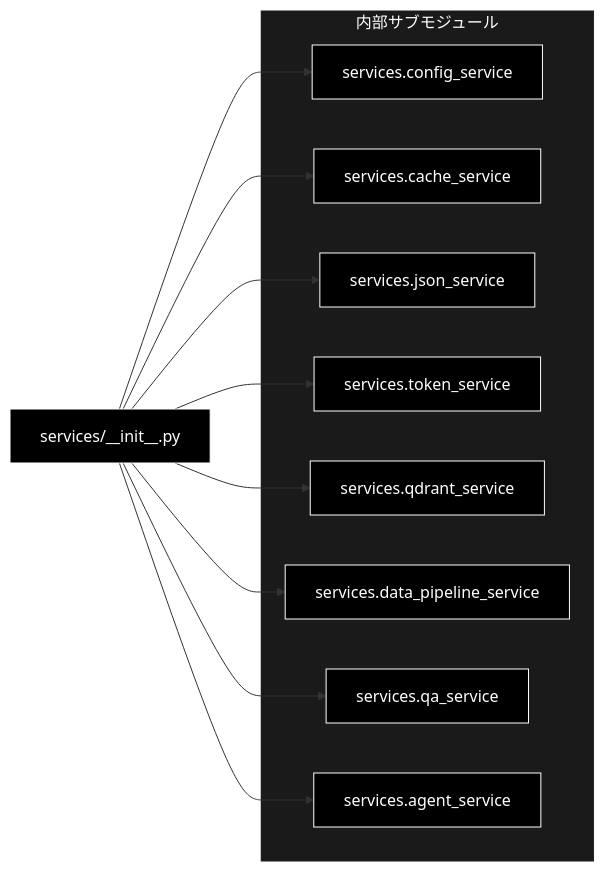
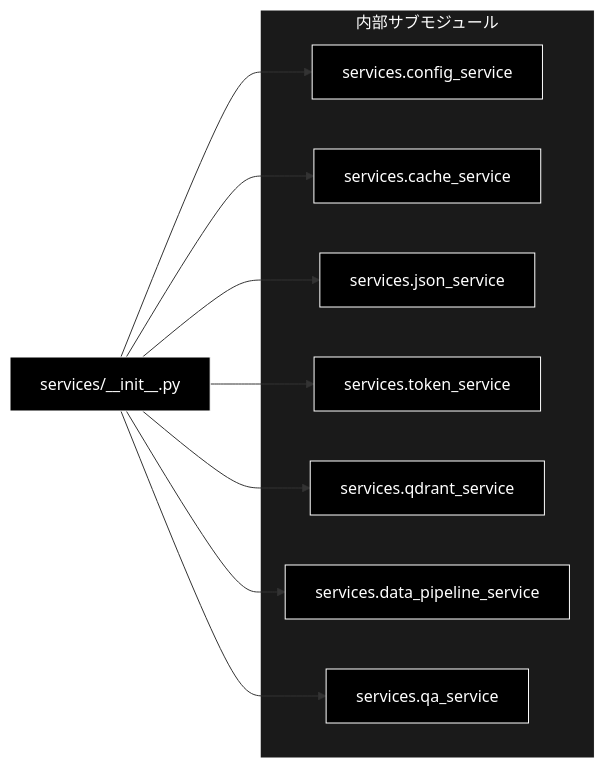
One commit to nakashima2toshio/grace_v2 changed the third of 3 diagrams in services/docs/__init__.md. Above: the diagram before and after it, drawn with Mermaid. The commit also changed other lines of this file and 30 other files, not shown here.

````diff
--- a/services/docs/__init__.md
+++ b/services/docs/__init__.md
@@ -444,28 +445,26 @@
 ```mermaid
 flowchart LR
     INIT["services/__init__.py"]
 
     subgraph INTERNAL["内部サブモジュール"]
         I1["services.config_service"]
         I2["services.cache_service"]
         I3["services.json_service"]
         I4["services.token_service"]
         I5["services.qdrant_service"]
         I6["services.data_pipeline_service"]
         I7["services.qa_service"]
-        I8["services.agent_service"]
     end
 
     INIT --> I1
     INIT --> I2
     INIT --> I3
     INIT --> I4
     INIT --> I5
     INIT --> I6
     INIT --> I7
-    INIT --> I8
 classDef default fill:#000,stroke:#fff,color:#fff
 classDef subgraphStyle fill:#1a1a1a,stroke:#fff,color:#fff
-class INIT,I1,I2,I3,I4,I5,I6,I7,I8 default
+class INIT,I1,I2,I3,I4,I5,I6,I7 default
 style INTERNAL fill:#1a1a1a,stroke:#fff,color:#fff
 ```
````
